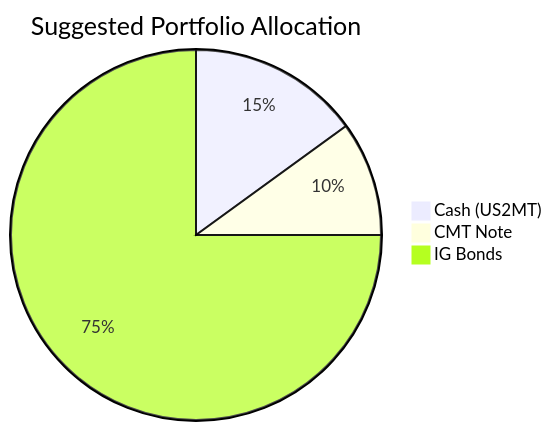
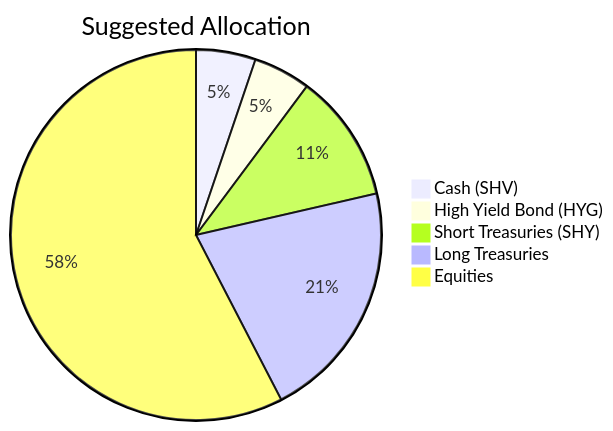
One commit to roger249/Bot-collaboration changed diagram 12 of 20 in docs/sample outputs/product_investor_matching-deepseek-v4-flash.md. Above: the diagram before and after it, drawn with Mermaid. The commit also changed other lines of this file and 20 other files, not shown here.

````diff
--- a/docs/sample outputs/product_investor_matching-deepseek-v4-flash.md
+++ b/docs/sample outputs/product_investor_matching-deepseek-v4-flash.md
@@ -280,6 +241,8 @@
 ```mermaid
-pie title Suggested Portfolio Allocation
-    "Cash (US2MT)" : 15
-    "CMT Note" : 10
-    "IG Bonds" : 75
+pie title Suggested Allocation
+    "Cash (SHV)" : 5.2
+    "High Yield Bond (HYG)" : 5.0
+    "Short Treasuries (SHY)" : 11.2
+    "Long Treasuries" : 21.0
+    "Equities" : 57.6
 ```
````
